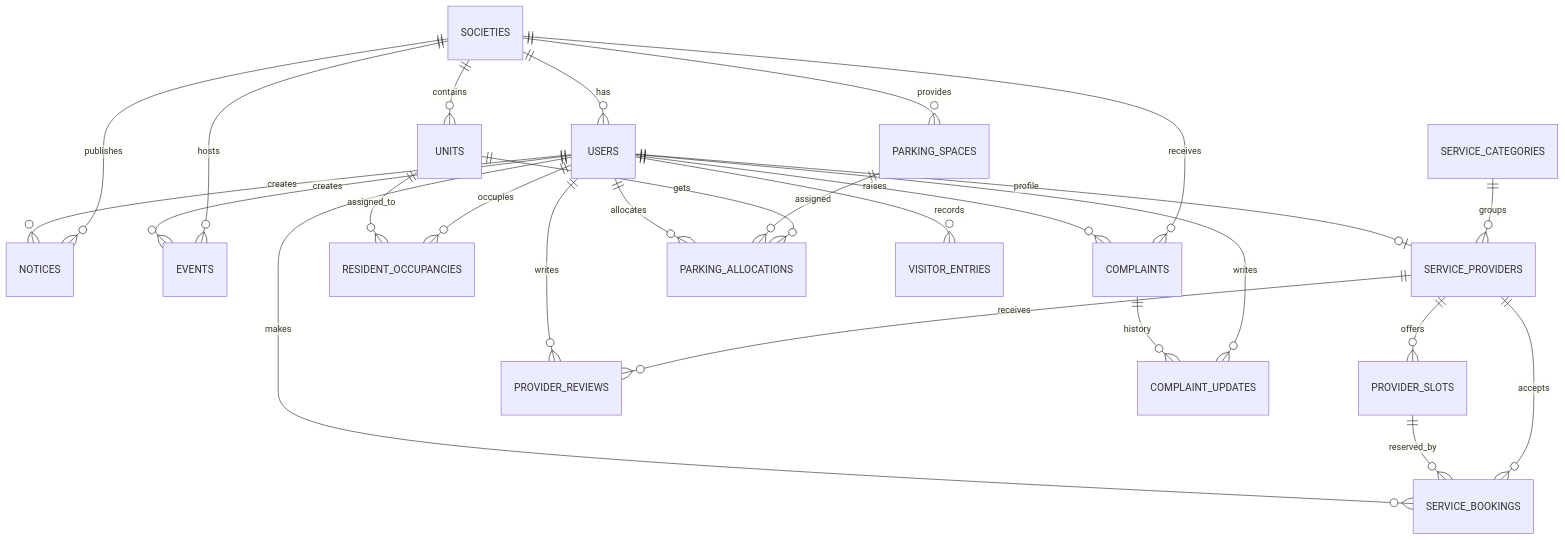
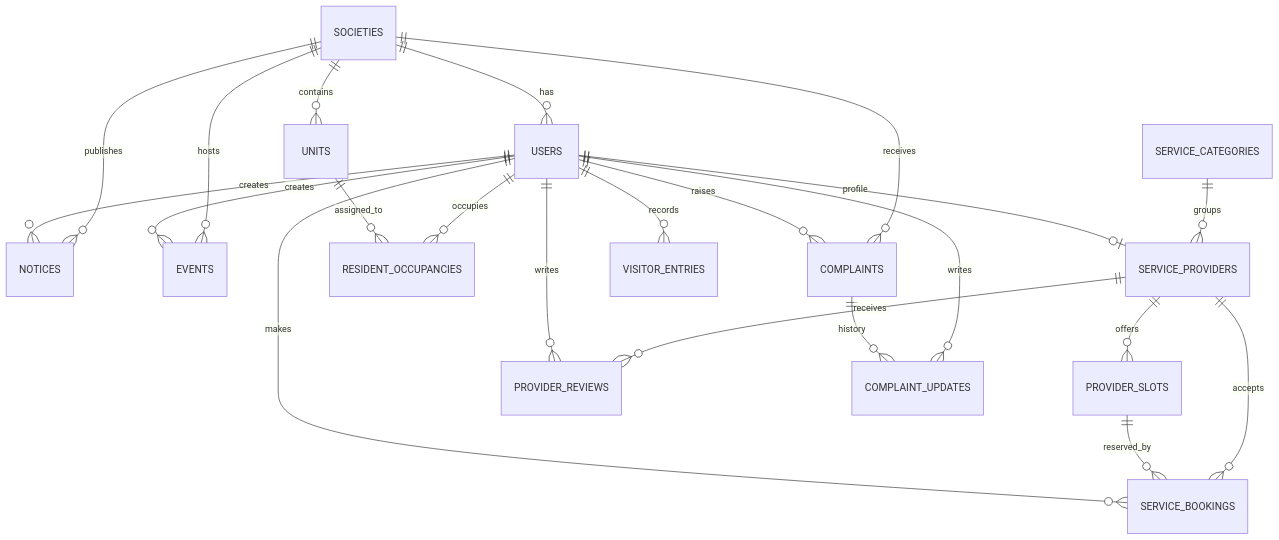
Before and after one commit to aggarwal-muskan/MAY2026-Team-006: the diagram in docs/database-design.md, drawn with Mermaid. The commit also changed other lines of this file and 61 other files, not shown here.

````diff
--- a/docs/database-design.md
+++ b/docs/database-design.md
@@ -104,32 +98,28 @@
 ```mermaid
 erDiagram
     SOCIETIES ||--o{ USERS : has
     SOCIETIES ||--o{ UNITS : contains
     SOCIETIES ||--o{ NOTICES : publishes
     SOCIETIES ||--o{ EVENTS : hosts
     SOCIETIES ||--o{ COMPLAINTS : receives
-    SOCIETIES ||--o{ PARKING_SPACES : provides
 
     USERS ||--o{ RESIDENT_OCCUPANCIES : occupies
     UNITS ||--o{ RESIDENT_OCCUPANCIES : assigned_to
 
     SERVICE_CATEGORIES ||--o{ SERVICE_PROVIDERS : groups
     USERS ||--o| SERVICE_PROVIDERS : profile
     SERVICE_PROVIDERS ||--o{ PROVIDER_SLOTS : offers
     SERVICE_PROVIDERS ||--o{ SERVICE_BOOKINGS : accepts
     PROVIDER_SLOTS ||--o{ SERVICE_BOOKINGS : reserved_by
     SERVICE_PROVIDERS ||--o{ PROVIDER_REVIEWS : receives
 
     USERS ||--o{ NOTICES : creates
     USERS ||--o{ EVENTS : creates
     USERS ||--o{ COMPLAINTS : raises
     USERS ||--o{ COMPLAINT_UPDATES : writes
     COMPLAINTS ||--o{ COMPLAINT_UPDATES : history
 
-    UNITS ||--o{ PARKING_ALLOCATIONS : gets
-    PARKING_SPACES ||--o{ PARKING_ALLOCATIONS : assigned
-    USERS ||--o{ PARKING_ALLOCATIONS : allocates
     USERS ||--o{ VISITOR_ENTRIES : records
     USERS ||--o{ PROVIDER_REVIEWS : writes
     USERS ||--o{ SERVICE_BOOKINGS : makes
 ```
````
